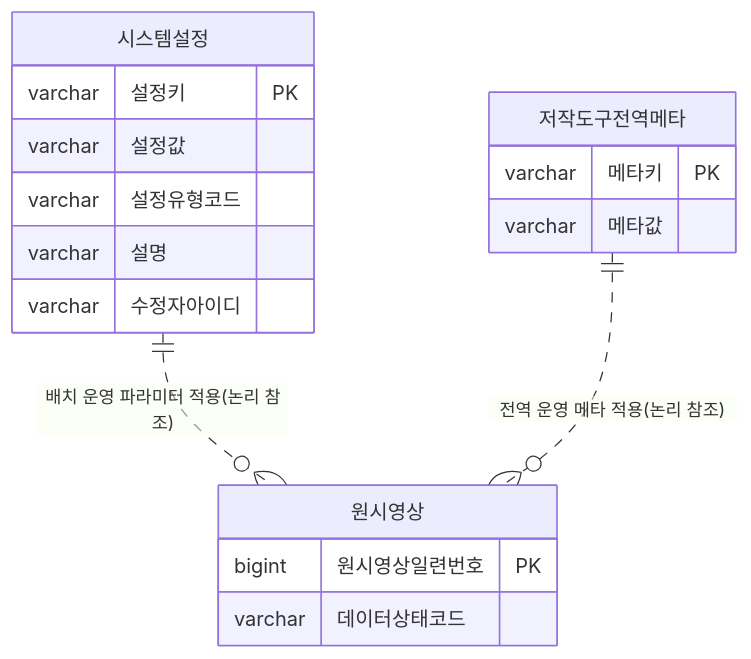
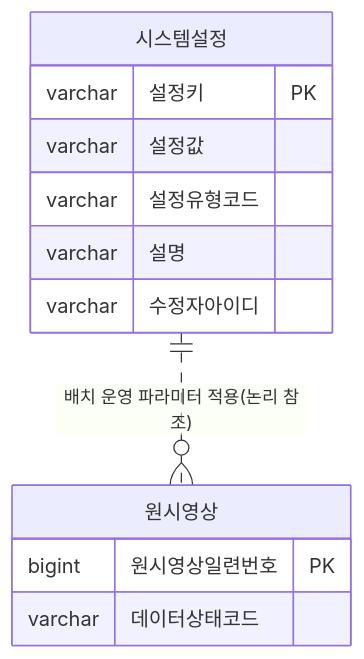
One commit to New-stella/klid-label changed diagram 17 of 17 in docs/design/KLID_AT_엔티티관계모형설계서.md. Above: the diagram before and after it, drawn with Mermaid. The commit also changed other lines of this file and 10 other files, not shown here.

````diff
--- a/docs/design/KLID_AT_엔티티관계모형설계서.md
+++ b/docs/design/KLID_AT_엔티티관계모형설계서.md
@@ -698,20 +654,15 @@
 ```mermaid
 erDiagram
     시스템설정 ||..o{ 원시영상 : "배치 운영 파라미터 적용(논리 참조)"
-    저작도구전역메타 ||..o{ 원시영상 : "전역 운영 메타 적용(논리 참조)"
     시스템설정 {
         varchar 설정키 PK
         varchar 설정값
         varchar 설정유형코드
         varchar 설명
         varchar 수정자아이디
     }
-    저작도구전역메타 {
-        varchar 메타키 PK
-        varchar 메타값
-    }
     원시영상 {
         bigint 원시영상일련번호 PK
         varchar 데이터상태코드
     }
 ```
````
